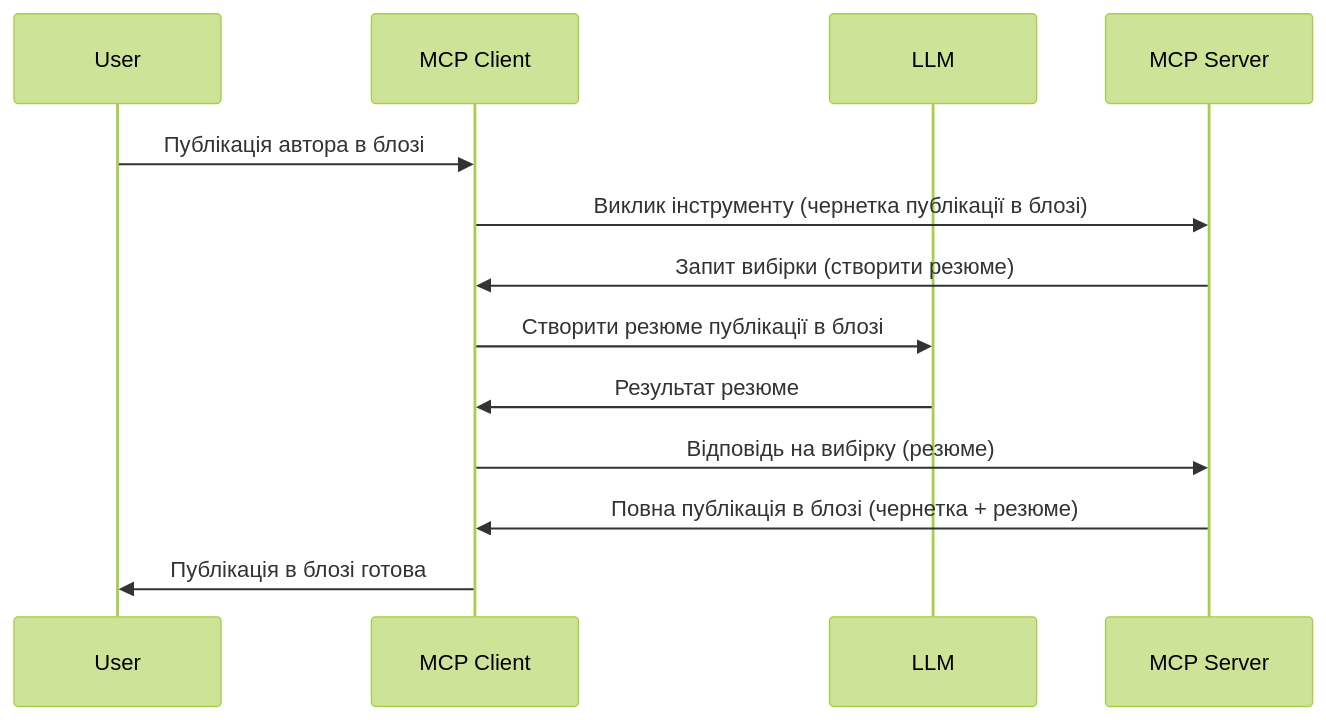
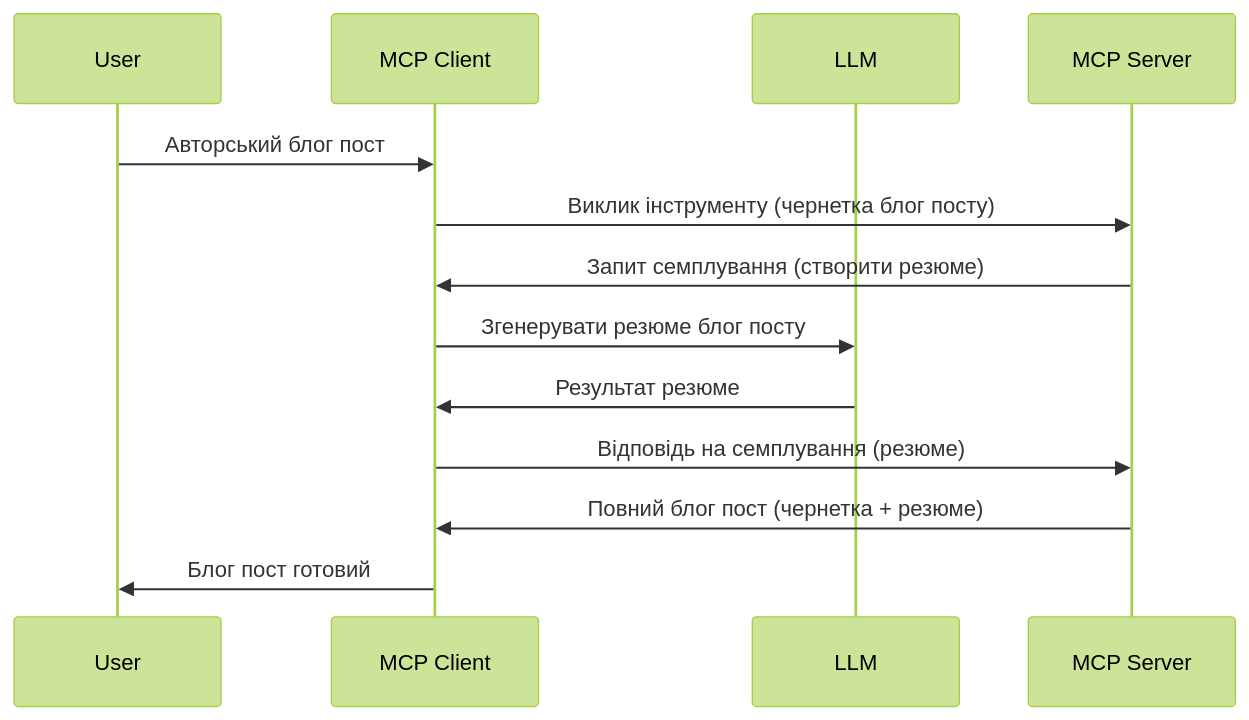
The diagram in mcp_ecosystem__model_context_protocol/mcp_learning_resources/mcp-for-beginners/translations/uk/03-GettingStarted/14-sampling/README.md (HIDORAKAI002/ai-workspace-archive), drawn with Mermaid (forest theme) before and after one commit. The commit also changed other lines of this file and 5748 other files, not shown here.

Commit message:
chore(sync): update MCP Python SDK, MCP TypeScript SDK, Supabase MCP, Kubernetes MCP Server, Git MCP, MCP Agent, Awesome ChatGPT Prompts, Langfuse, +62 more

````diff
--- a/mcp_ecosystem__model_context_protocol/mcp_learning_resources/mcp-for-beginners/translations/uk/03-GettingStarted/14-sampling/README.md
+++ b/mcp_ecosystem__model_context_protocol/mcp_learning_resources/mcp-for-beginners/translations/uk/03-GettingStarted/14-sampling/README.md
@@ -25,16 +27,16 @@
 ```mermaid
 sequenceDiagram
     participant User
     participant MCP Client
     participant LLM
     participant MCP Server
 
-    User->>MCP Client: Публікація автора в блозі
-    MCP Client->>MCP Server: Виклик інструменту (чернетка публікації в блозі)
-    MCP Server->>MCP Client: Запит вибірки (створити резюме)
-    MCP Client->>LLM: Створити резюме публікації в блозі
+    User->>MCP Client: Авторський блог пост
+    MCP Client->>MCP Server: Виклик інструменту (чернетка блог посту)
+    MCP Server->>MCP Client: Запит семплування (створити резюме)
+    MCP Client->>LLM: Згенерувати резюме блог посту
     LLM->>MCP Client: Результат резюме
-    MCP Client->>MCP Server: Відповідь на вибірку (резюме)
-    MCP Server->>MCP Client: Повна публікація в блозі (чернетка + резюме)
-    MCP Client->>User: Публікація в блозі готова
+    MCP Client->>MCP Server: Відповідь на семплування (резюме)
+    MCP Server->>MCP Client: Повний блог пост (чернетка + резюме)
+    MCP Client->>User: Блог пост готовий
 ```
````
